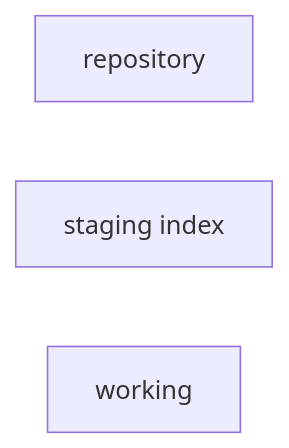
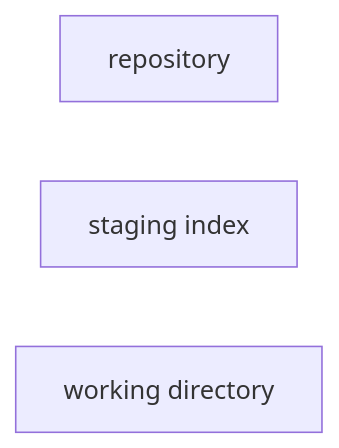
Before and after one commit to savvystrider/savvystrider.github.io: the third of 3 diagrams in docs/what-is-git-architecture.md, drawn with Mermaid. The commit also changed 5 other files, not shown here.

````diff
--- a/docs/what-is-git-architecture.md
+++ b/docs/what-is-git-architecture.md
@@ -27,6 +27,6 @@
 ``` mermaid
 flowchart LR
     A[repository]
     B[staging index]
-    C[working]
+    C[working directory]
 ```
````
